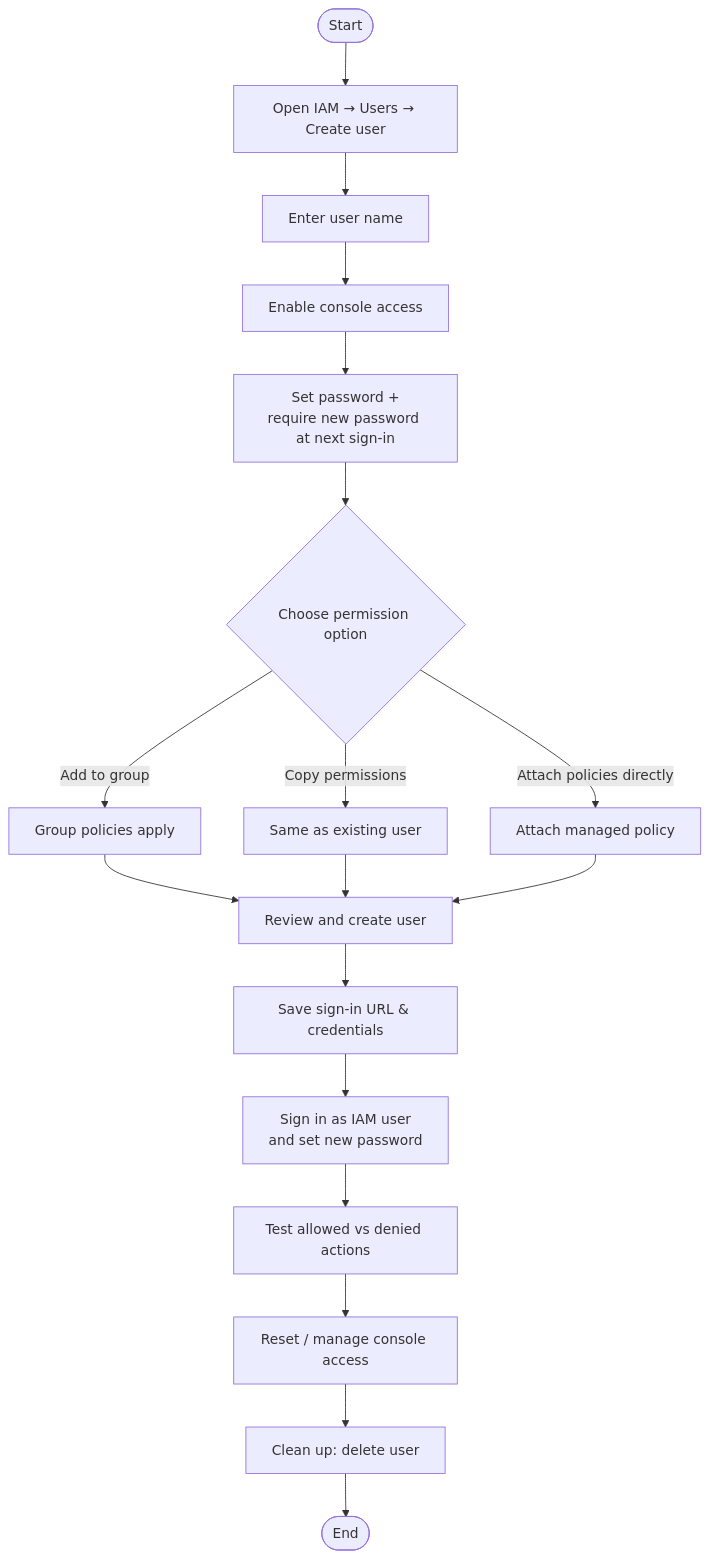
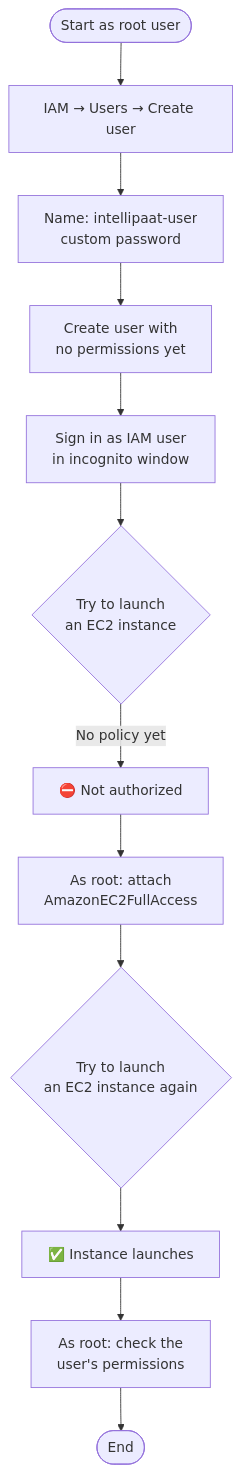
Before and after one commit to miraclechinwe/aws-cloud-labs: the third of 5 diagrams in 05-iam-user-console-access/README.md, drawn with Mermaid. The commit also changed other lines of this file and 2 other files, not shown here.

First line of the commit message:
Rewrite IAM labs as Demo 1 (console) and Demo 2 (AWS CLI) from class notes

````diff
--- a/05-iam-user-console-access/README.md
+++ b/05-iam-user-console-access/README.md
@@ -63,20 +75,14 @@
 ```mermaid
 flowchart TD
-    A([Start]) --> B["Open IAM → Users → Create user"]
-    B --> C[Enter user name]
-    C --> D[Enable console access]
-    D --> E["Set password +<br/>require new password at next sign-in"]
-    E --> F{Choose permission option}
-    F -->|Add to group| G[Group policies apply]
-    F -->|Copy permissions| H[Same as existing user]
-    F -->|Attach policies directly| I[Attach managed policy]
-    G --> J[Review and create user]
-    H --> J
-    I --> J
-    J --> K["Save sign-in URL & credentials"]
-    K --> L["Sign in as IAM user<br/>and set new password"]
-    L --> M[Test allowed vs denied actions]
-    M --> N["Reset / manage console access"]
-    N --> O["Clean up: delete user"]
-    O --> P([End])
+    A([Start as root user]) --> B["IAM → Users → Create user"]
+    B --> C["Name: intellipaat-user<br/>custom password"]
+    C --> D["Create user with<br/>no permissions yet"]
+    D --> E["Sign in as IAM user<br/>in incognito window"]
+    E --> F{"Try to launch<br/>an EC2 instance"}
+    F -->|No policy yet| G["⛔ Not authorized"]
+    G --> H["As root: attach<br/>AmazonEC2FullAccess"]
+    H --> I{"Try to launch<br/>an EC2 instance again"}
+    I --> J["✅ Instance launches"]
+    J --> K["As root: check the<br/>user's permissions"]
+    K --> L([End])
 ```
````
